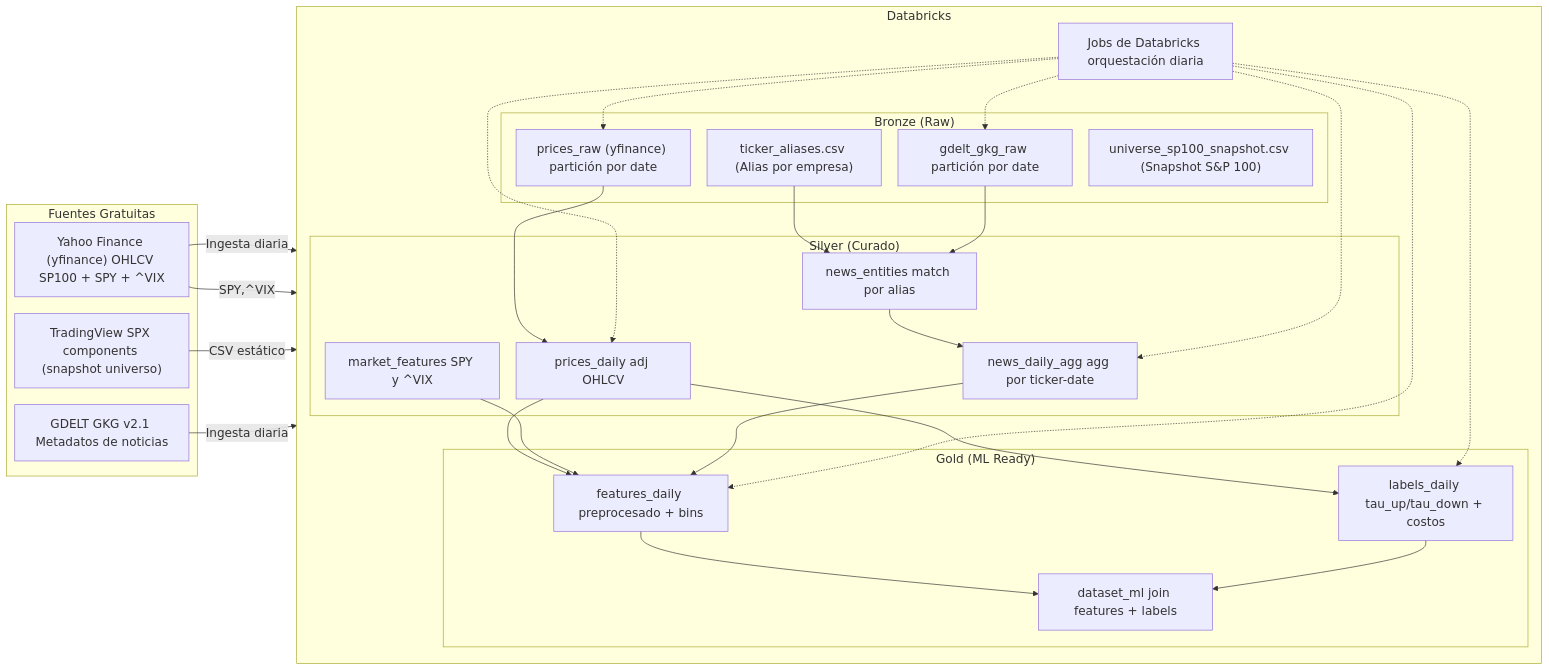
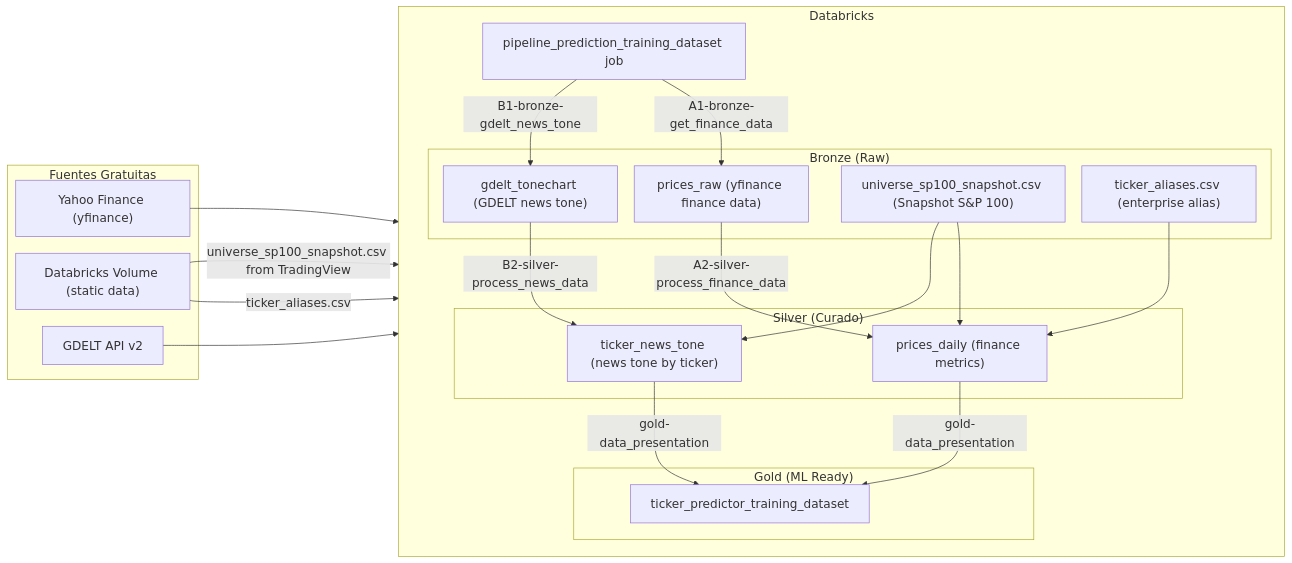
One commit to PabloPaezSheridan/TFM changed the diagram in docs/docs_diagrams_arquitectura_mvp2.mmd. Above: the diagram before and after it, drawn with Mermaid.

Commit message:
Diagram updated and working

```diff
--- a/docs/docs_diagrams_arquitectura_mvp2.mmd
+++ b/docs/docs_diagrams_arquitectura_mvp2.mmd
@@ -1,58 +1,54 @@
 %%{init: {'theme': 'default', 'themeVariables': { 'fontSize': '18px' }, 'flowchart': { 'nodeSpacing': 25, 'rankSpacing': 25 }}}%%
 flowchart LR
-  %% Arquitectura MVP: Medallion + fuentes gratuitas (sin checks de calidad)
-  %% Nota: se removió el nodo de vendor map (ticker_vendor_map.csv)
-
+  %% Arquitectura Medallion
+  
   subgraph Sources["Fuentes Gratuitas"]
-    YF["Yahoo Finance (yfinance) OHLCV SP100 + SPY + ^VIX"]
-    TV["TradingView SPX components (snapshot universo)"]
-    GDELT["GDELT GKG v2.1 Metadatos de noticias"]
+    YF["Yahoo Finance (yfinance)"]
+    GDELT["GDELT API v2"]
+    VD["Databricks Volume (static data)"]
   end
 
   subgraph Databricks["Databricks"]
     direction TB
 
     subgraph Bronze["Bronze (Raw)"]
       U["universe_sp100_snapshot.csv (Snapshot S&amp;P 100)"]
-      A["ticker_aliases.csv (Alias por empresa)"]
-      P["prices_raw (yfinance) partición por date"]
-      N["gdelt_gkg_raw partición por date"]
+      TA["ticker_aliases.csv (enterprise alias)"]
+      P["prices_raw (yfinance finance data)"]
+      GT["gdelt_tonechart (GDELT news tone)"]
     end
 
     subgraph Silver["Silver (Curado)"]
-      PD["prices_daily adj OHLCV"]
-      MF["market_features SPY y ^VIX"]
-      NE["news_entities match por alias"]
-      NA["news_daily_agg agg por ticker-date"]
+      PD["prices_daily (finance metrics)"]
+      TT["ticker_news_tone (news tone by ticker)"]
     end
 
     subgraph Gold["Gold (ML Ready)"]
-      FE["features_daily preprocesado + bins"]
-      LB["labels_daily tau_up/tau_down + costos"]
-      DS["dataset_ml join features + labels"]
+      PTD["ticker_predictor_training_dataset"]
     end
 
-    O["Jobs de Databricks orquestación diaria"]
+    O["pipeline_prediction_training_dataset job"]
   end
 
-  %% Flujo de datos
-  YF -->|Ingesta diaria| P
-  YF -->|SPY,^VIX| MF
-  TV -->|CSV estático| U
-  GDELT -->|Ingesta diaria| N
-  A --> NE
+  %% Data flow
+  YF --> O
+  VD --> |"universe_sp100_snapshot.csv from TradingView"| U
+  VD --> |"ticker_aliases.csv"| TA
+  GDELT --> O
 
-  P --> PD
-  PD --> FE
-  MF --> FE
-  N --> NE --> NA --> FE
-  FE --> DS
-  PD --> LB --> DS
+  %% bronze (ingestion)
 
-  %% Orquestación
-  O -.-> P
-  O -.-> N
-  O -.-> PD
-  O -.-> NA
-  O -.-> FE
-  O -.-> LB
+  O --> |"A1-bronze-get_finance_data"| P
+  O --> |"B1-bronze-gdelt_news_tone"| GT
+
+  %% bronze to silver 
+
+  P --> |"A2-silver-process_finance_data"| PD
+  GT --> |"B2-silver-process_news_data"| TT
+  U --> PD
+  U --> TT
+  TA --> PD
+
+  %% silver to gold
+  PD --> |"gold-data_presentation"| PTD
+  TT --> |"gold-data_presentation"| PTD
```
